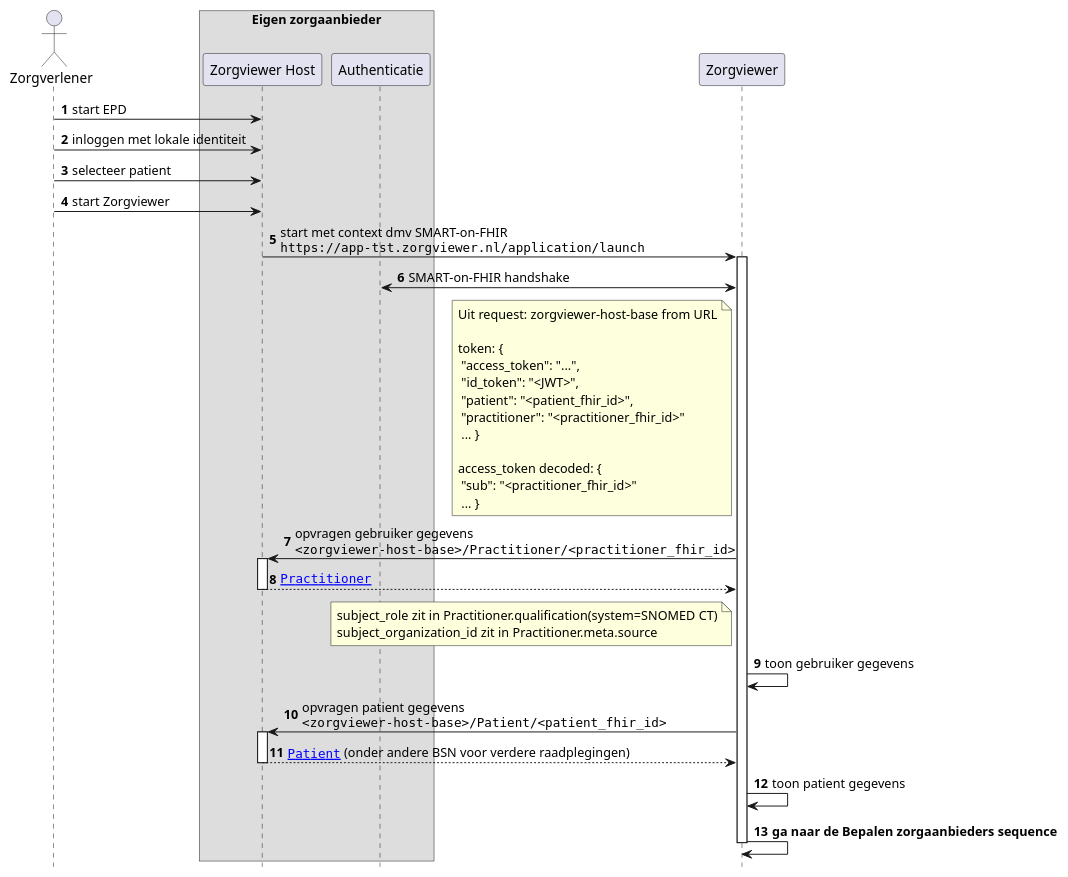
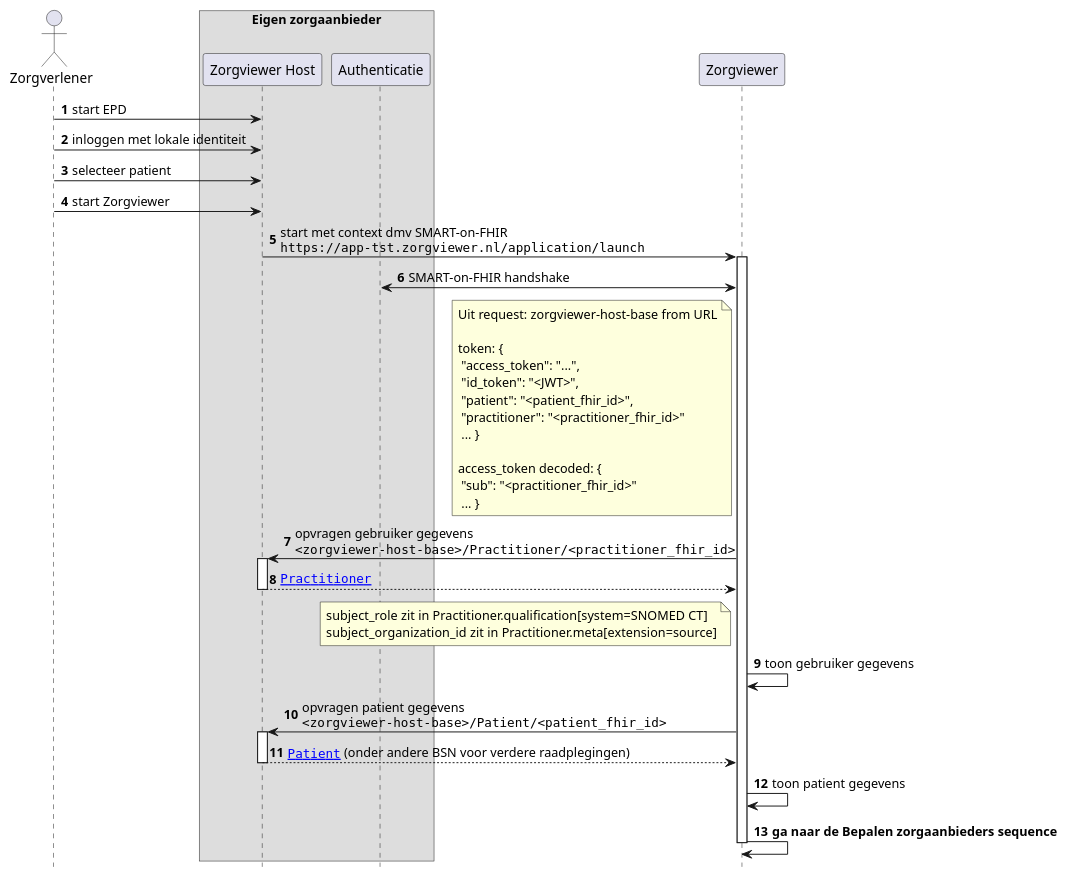
One commit to RIVO-Noord/zorgviewer-ig changed the diagram in input/images-source/Zorgviewer-seq-1-fhir.plantuml. Above: the diagram before and after it, drawn with PlantUML. The commit also changed 1 other file, not shown here.

```diff
--- a/input/images-source/Zorgviewer-seq-1-fhir.plantuml
+++ b/input/images-source/Zorgviewer-seq-1-fhir.plantuml
@@ -1,53 +1,53 @@
 @startuml
 hide footbox
 autonumber
 
 actor Zorgverlener
 box "Eigen zorgaanbieder"
 participant "Zorgviewer Host" as Host
 participant Authenticatie
 end box
 participant Zorgviewer
 
 Zorgverlener->Host: start EPD
 Zorgverlener->Host: inloggen met lokale identiteit
 Zorgverlener->Host: selecteer patient
 Zorgverlener->Host: start Zorgviewer
 Host->Zorgviewer: start met context dmv SMART-on-FHIR \n""https://app-tst.zorgviewer.nl/application/launch""
 activate Zorgviewer
 Zorgviewer<->Authenticatie: SMART-on-FHIR handshake
 note left Zorgviewer
  Uit request: zorgviewer-host-base from URL
 
  token: {
   "access_token": "...",
   "id_token": "<JWT>",
   "patient": "<patient_fhir_id>",
   "practitioner": "<practitioner_fhir_id>"
   ... }
 
  access_token decoded: {
   "sub": "<practitioner_fhir_id>"
   ... }
 end note
 Zorgviewer->Host: opvragen gebruiker gegevens\n""<zorgviewer-host-base>/Practitioner/<practitioner_fhir_id>""
 activate Host
 Host-->Zorgviewer: ""[[StructureDefinition-Practitioner.html Practitioner]]""
 note left Zorgviewer
- subject_role zit in Practitioner.qualification(system=SNOMED CT)
- subject_organization_id zit in Practitioner.meta.source
+ subject_role zit in Practitioner.qualification[system=SNOMED CT]
+ subject_organization_id zit in Practitioner.meta[extension=source]
 end note
 deactivate Host
 Zorgviewer->Zorgviewer: toon gebruiker gegevens
 
 Zorgviewer->Host: opvragen patient gegevens\n""<zorgviewer-host-base>/Patient/<patient_fhir_id>""
 activate Host
 Host-->Zorgviewer: ""[[StructureDefinition-Patient.html Patient]]"" (onder andere BSN voor verdere raadplegingen)
 deactivate Host
 Zorgviewer->Zorgviewer: toon patient gegevens
 
 Zorgviewer->Zorgviewer: **ga naar de Bepalen zorgaanbieders sequence**
 
 deactivate Zorgviewer
 
 @enduml
```
